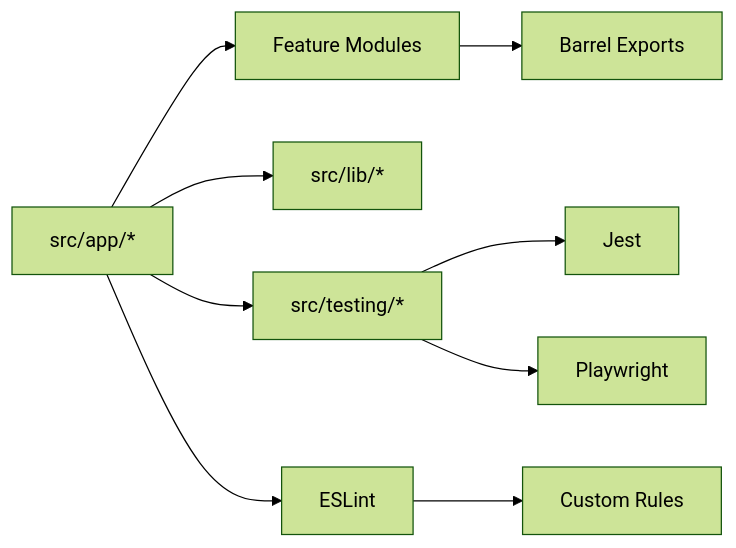
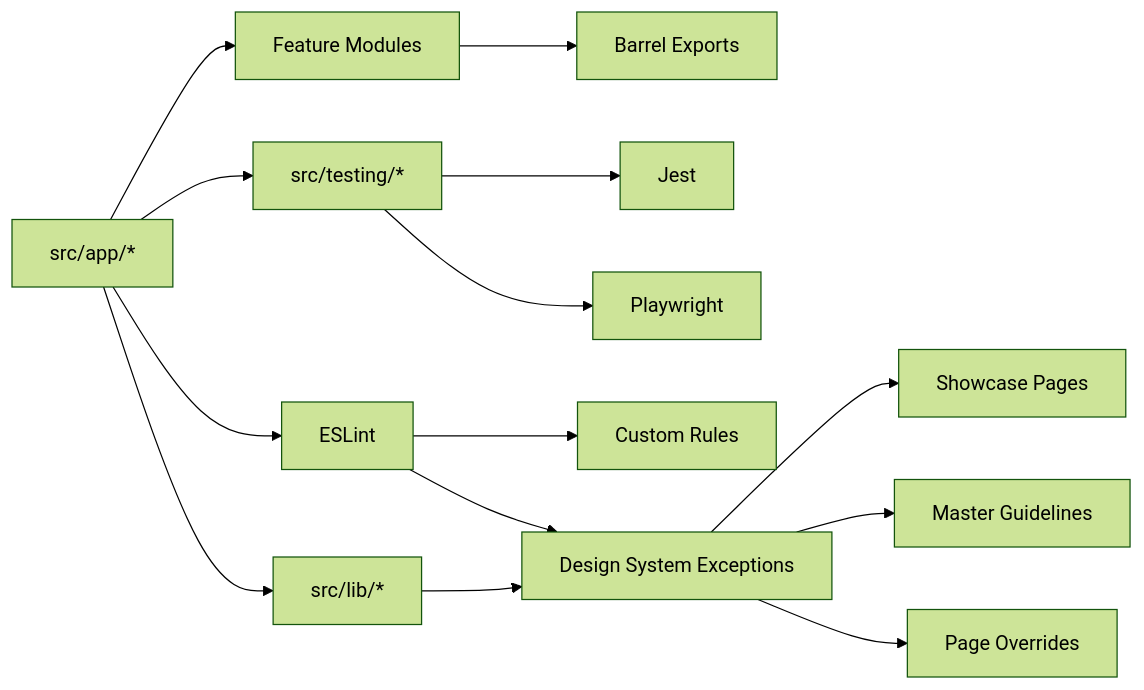
Before and after one commit to SinesysTech/zattar-os: the ninth of 9 diagrams in .qoder/repowiki/en/content/Development Guide/Development Guide.md, drawn with Mermaid (forest theme). The commit also changed other lines of this file and 40 other files, not shown here.

First line of the commit message:
feat(design-system): melhorar conformidade tipográfica e acessibilidade em audiências

````diff
--- a/.qoder/repowiki/en/content/Development Guide/Development Guide.md
+++ b/.qoder/repowiki/en/content/Development Guide/Development Guide.md
@@ -316,11 +410,16 @@
 ```mermaid
 graph LR
 App["src/app/*"] --> Features["Feature Modules"]
 Features --> Barrel["Barrel Exports"]
 App --> Lib["src/lib/*"]
 App --> Testing["src/testing/*"]
 Testing --> Jest["Jest"]
 Testing --> PW["Playwright"]
 App --> ESL["ESLint"]
 ESL --> Rules["Custom Rules"]
+ESL --> DS["Design System Exceptions"]
+DS --> Showcase["Showcase Pages"]
+Lib --> DS
+DS --> Master["Master Guidelines"]
+DS --> Pages["Page Overrides"]
 ```
````
